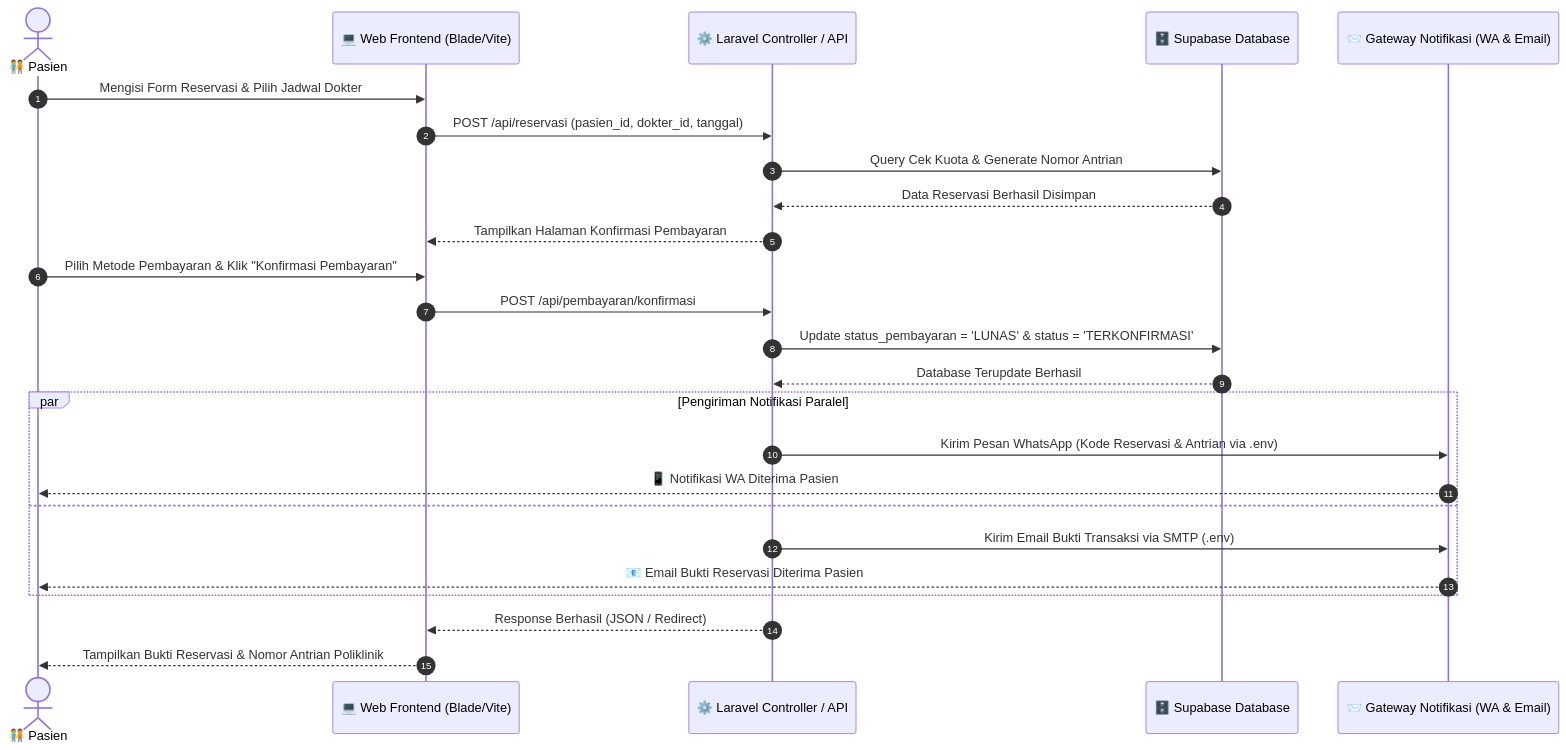
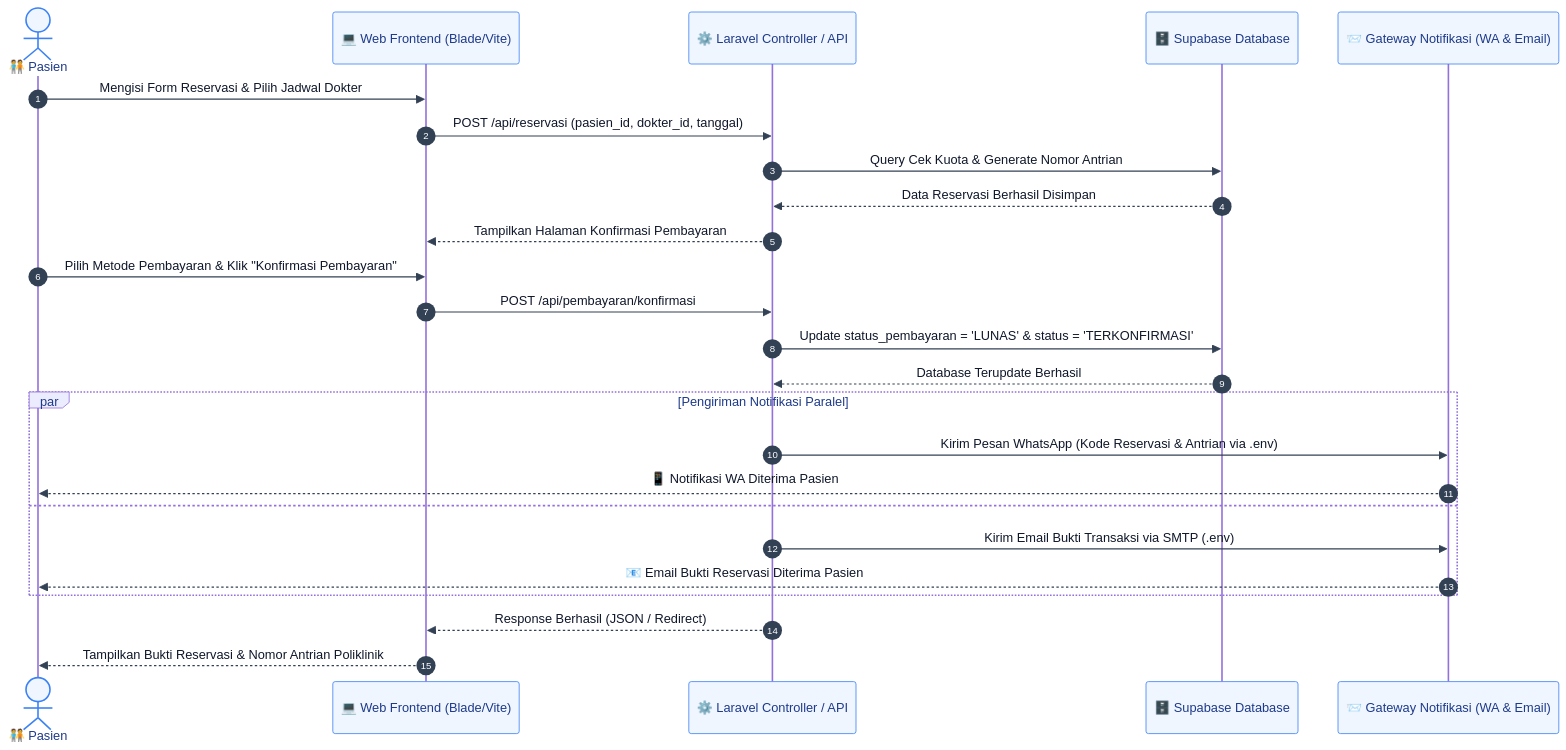
One commit to wonkbrebes/rme_ralan changed the fourth of 5 diagrams in docs/diagram_laporan_simrs.md. Above: the diagram before and after it, drawn with Mermaid. The commit also changed other lines of this file, not shown here.

Commit message:
docs: update system diagrams with solid white background theme for academic lab report printing

````diff
--- a/docs/diagram_laporan_simrs.md
+++ b/docs/diagram_laporan_simrs.md
@@ -161,31 +171,32 @@
 ```mermaid
+%%{init: {'theme': 'default', 'themeVariables': { 'background': '#ffffff', 'actorBkg': '#eff6ff', 'actorBorder': '#3b82f6', 'actorTextColor': '#1e3a8a', 'signalColor': '#334155', 'signalTextColor': '#0f172a', 'noteBkgColor': '#fef3c7', 'noteTextColor': '#78350f' }}}%%
 sequenceDiagram
     autonumber
     actor P as 🧑‍🤝‍🧑 Pasien
     participant W as 💻 Web Frontend (Blade/Vite)
     participant C as ⚙️ Laravel Controller / API
     participant S as 🗄️ Supabase Database
     participant M as 📨 Gateway Notifikasi (WA & Email)
 
     P->>W: Mengisi Form Reservasi & Pilih Jadwal Dokter
     W->>C: POST /api/reservasi (pasien_id, dokter_id, tanggal)
     C->>S: Query Cek Kuota & Generate Nomor Antrian
     S-->>C: Data Reservasi Berhasil Disimpan
     C-->>W: Tampilkan Halaman Konfirmasi Pembayaran
 
     P->>W: Pilih Metode Pembayaran & Klik "Konfirmasi Pembayaran"
     W->>C: POST /api/pembayaran/konfirmasi
     C->>S: Update status_pembayaran = 'LUNAS' & status = 'TERKONFIRMASI'
     S-->>C: Database Terupdate Berhasil
 
     par Pengiriman Notifikasi Paralel
         C->>M: Kirim Pesan WhatsApp (Kode Reservasi & Antrian via .env)
         M-->>P: 📱 Notifikasi WA Diterima Pasien
     and
         C->>M: Kirim Email Bukti Transaksi via SMTP (.env)
         M-->>P: 📧 Email Bukti Reservasi Diterima Pasien
     end
 
     C-->>W: Response Berhasil (JSON / Redirect)
     W-->>P: Tampilkan Bukti Reservasi & Nomor Antrian Poliklinik
 ```
````
